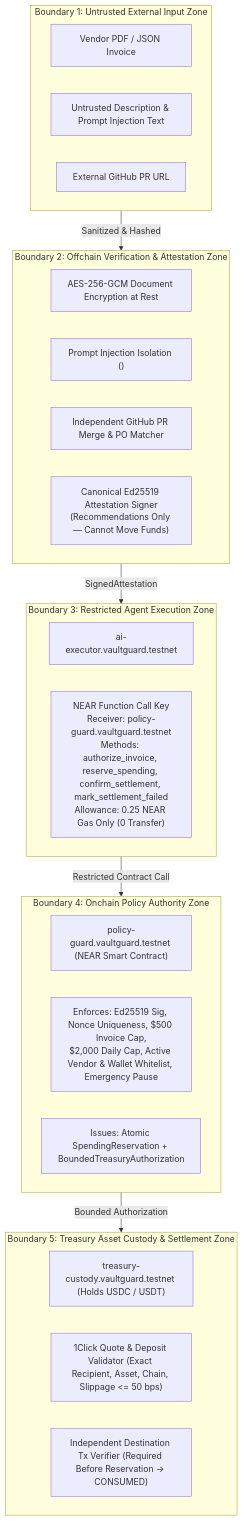
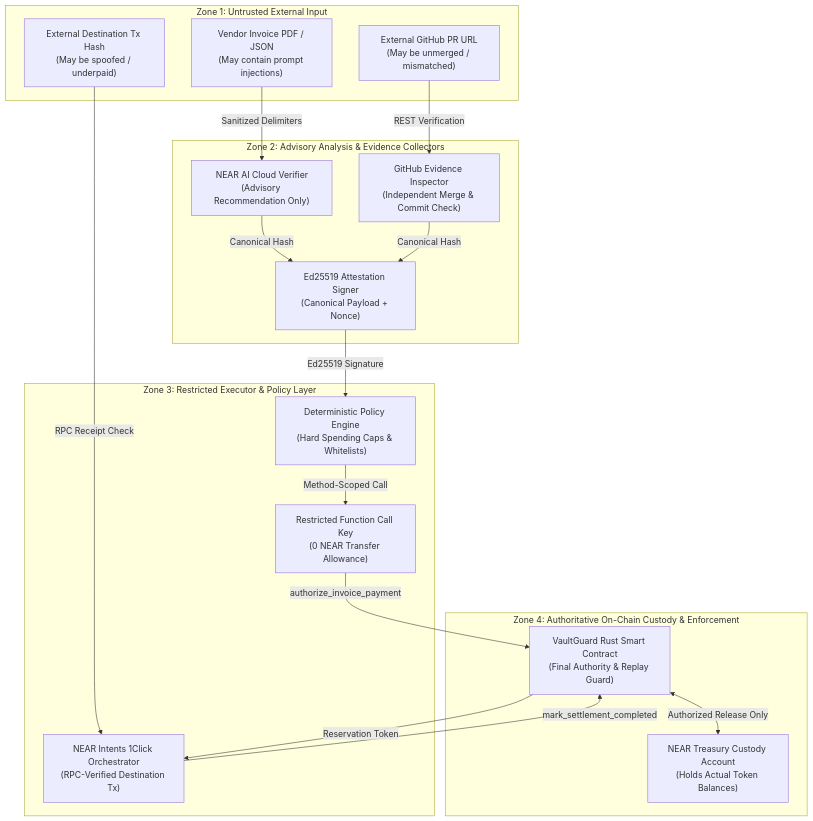
Before and after one commit to YungSlaiz53/Vault-guard: the diagram in docs/diagrams/security-boundaries.mmd, drawn with Mermaid. The commit also changed 28 other files, not shown here.

```diff
--- a/docs/diagrams/security-boundaries.mmd
+++ b/docs/diagrams/security-boundaries.mmd
@@ -1,35 +1,34 @@
 flowchart TB
-  subgraph Boundary1["Boundary 1: Untrusted External Input Zone"]
-    U1["Vendor PDF / JSON Invoice"]
-    U2["Untrusted Description & Prompt Injection Text"]
-    U3["External GitHub PR URL"]
+  subgraph Untrusted["Zone 1: Untrusted External Input"]
+    InvoicePDF["Vendor Invoice PDF / JSON<br/>(May contain prompt injections)"]
+    FakePR["External GitHub PR URL<br/>(May be unmerged / mismatched)"]
+    SpoofedTx["External Destination Tx Hash<br/>(May be spoofed / underpaid)"]
   end
 
-  subgraph Boundary2["Boundary 2: Offchain Verification & Attestation Zone"]
-    V1["AES-256-GCM Document Encryption at Rest"]
-    V2["Prompt Injection Isolation (<UNTRUSTED_INVOICE_DOCUMENT>)"]
-    V3["Independent GitHub PR Merge & PO Matcher"]
-    V4["Canonical Ed25519 Attestation Signer\n(Recommendations Only — Cannot Move Funds)"]
+  subgraph Advisory["Zone 2: Advisory Analysis & Evidence Collectors"]
+    AI["NEAR AI Cloud Verifier<br/>(Advisory Recommendation Only)"]
+    GH["GitHub Evidence Inspector<br/>(Independent Merge & Commit Check)"]
+    Attest["Ed25519 Attestation Signer<br/>(Canonical Payload + Nonce)"]
   end
 
-  subgraph Boundary3["Boundary 3: Restricted Agent Execution Zone"]
-    A1["ai-executor.vaultguard.testnet"]
-    A2["NEAR Function Call Key\nReceiver: policy-guard.vaultguard.testnet\nMethods: authorize_invoice, reserve_spending, confirm_settlement, mark_settlement_failed\nAllowance: 0.25 NEAR Gas Only (0 Transfer)"]
+  subgraph RestrictedExec["Zone 3: Restricted Executor & Policy Layer"]
+    Policy["Deterministic Policy Engine<br/>(Hard Spending Caps & Whitelists)"]
+    FCKey["Restricted Function Call Key<br/>(0 NEAR Transfer Allowance)"]
+    Intents["NEAR Intents 1Click Orchestrator<br/>(RPC-Verified Destination Tx)"]
   end
 
-  subgraph Boundary4["Boundary 4: Onchain Policy Authority Zone"]
-    P1["policy-guard.vaultguard.testnet (NEAR Smart Contract)"]
-    P2["Enforces: Ed25519 Sig, Nonce Uniqueness, $500 Invoice Cap,\n$2,000 Daily Cap, Active Vendor & Wallet Whitelist, Emergency Pause"]
-    P3["Issues: Atomic SpendingReservation + BoundedTreasuryAuthorization"]
+  subgraph OnChain["Zone 4: Authoritative On-Chain Custody & Enforcement"]
+    Contract["VaultGuard Rust Smart Contract<br/>(Final Authority & Replay Guard)"]
+    Vault["NEAR Treasury Custody Account<br/>(Holds Actual Token Balances)"]
   end
 
-  subgraph Boundary5["Boundary 5: Treasury Asset Custody & Settlement Zone"]
-    C1["treasury-custody.vaultguard.testnet (Holds USDC / USDT)"]
-    C2["1Click Quote & Deposit Validator (Exact Recipient, Asset, Chain, Slippage <= 50 bps)"]
-    C3["Independent Destination Tx Verifier (Required Before Reservation -> CONSUMED)"]
-  end
-
-  Boundary1 -->|"Sanitized & Hashed"| Boundary2
-  Boundary2 -->|"SignedAttestation"| Boundary3
-  Boundary3 -->|"Restricted Contract Call"| Boundary4
-  Boundary4 -->|"Bounded Authorization"| Boundary5
+  InvoicePDF -->|Sanitized Delimiters| AI
+  FakePR -->|REST Verification| GH
+  AI & GH -->|Canonical Hash| Attest
+  Attest -->|Ed25519 Signature| Policy
+  Policy -->|Method-Scoped Call| FCKey
+  FCKey -->|authorize_invoice_payment| Contract
+  Contract -->|Reservation Token| Intents
+  SpoofedTx -->|RPC Receipt Check| Intents
+  Intents -->|mark_settlement_completed| Contract
+  Contract <-->|Authorized Release Only| Vault
```
